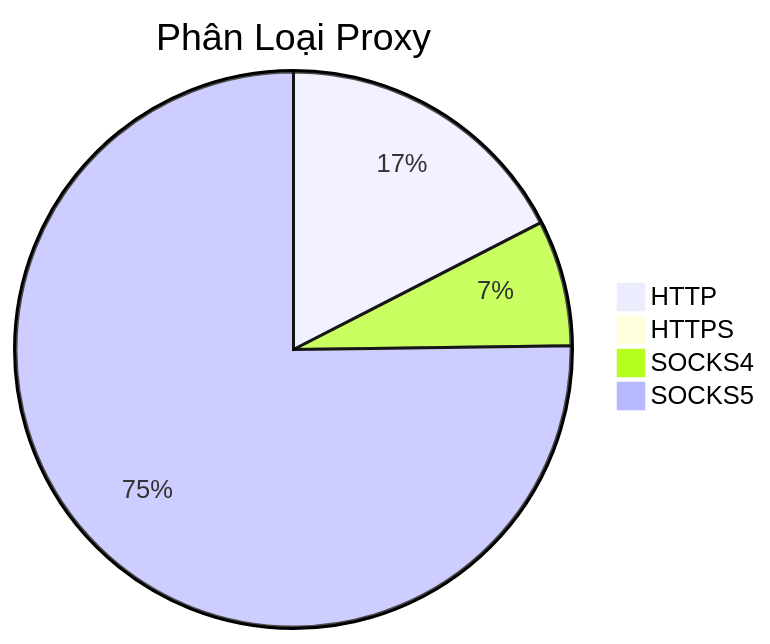
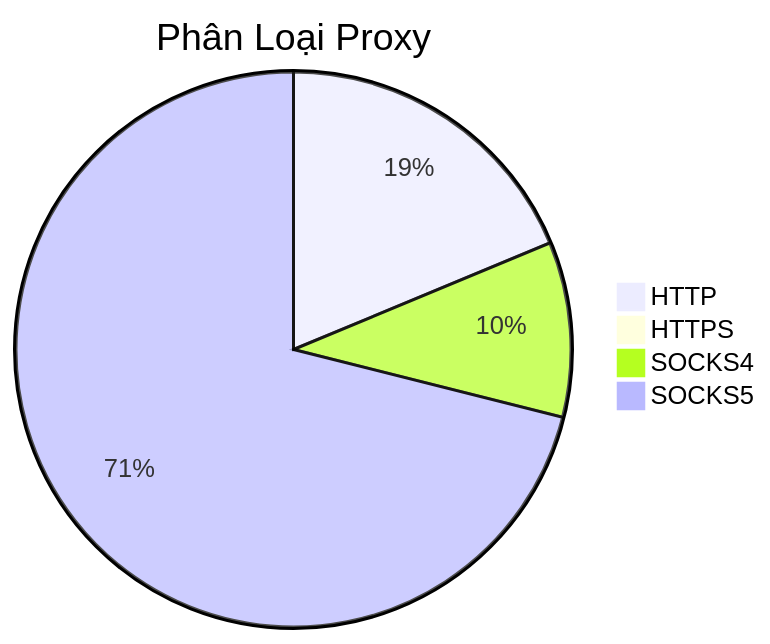
The diagram in README.md (Ciara-Aa/PROXY-free), drawn with Mermaid before and after one commit. The commit also changed other lines of this file and 4 other files, not shown here.

````diff
--- a/README.md
+++ b/README.md
@@ -26,7 +26,7 @@
 ```mermaid
 pie title Phân Loại Proxy
-    "HTTP" : 495
-    "HTTPS" : 0
-    "SOCKS4" : 208
-    "SOCKS5" : 2133
+    "HTTP" : 599
+    "HTTPS" : 4
+    "SOCKS4" : 326
+    "SOCKS5" : 2273
 ```
````
